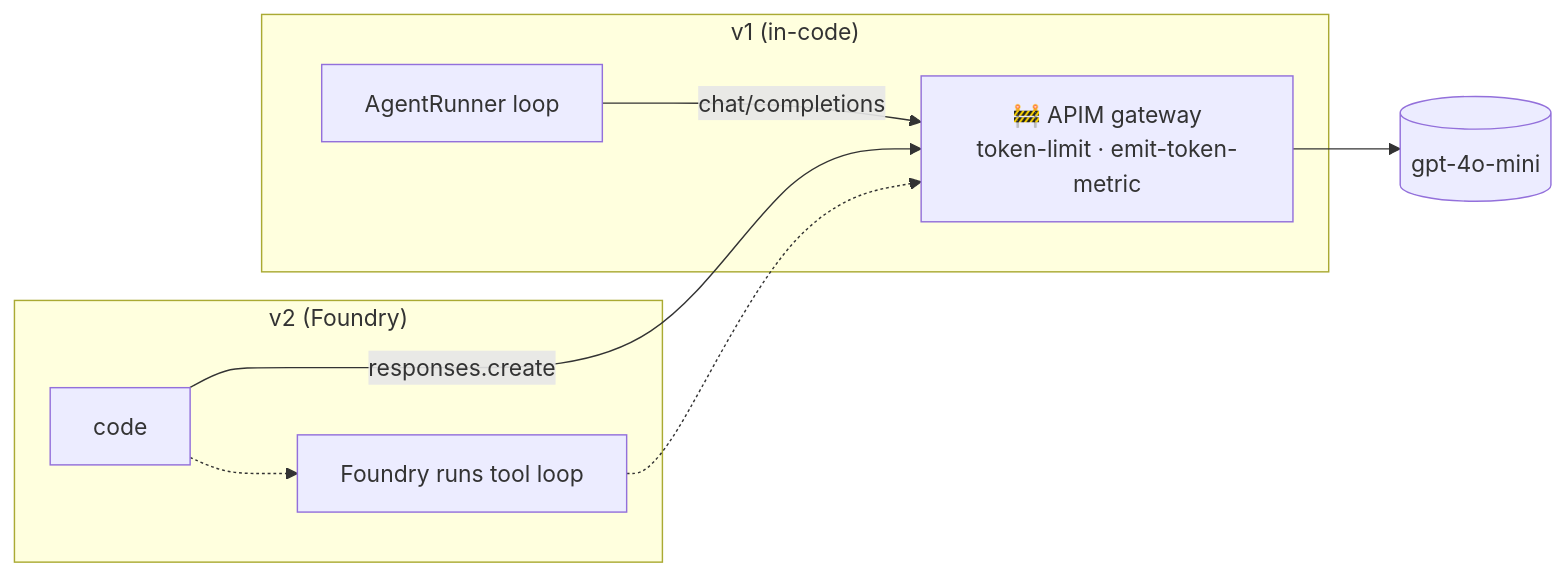
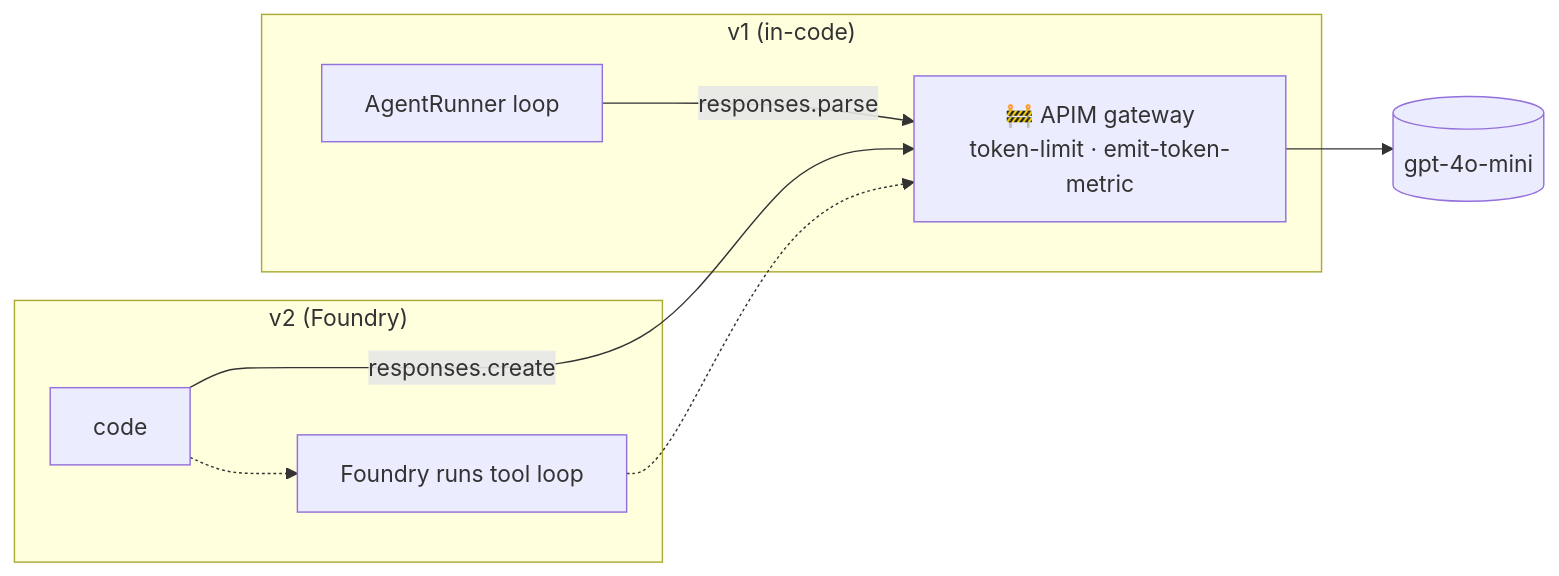
The diagram in docs-foundry-v2/09-apim-ai-gateway.md (sandy-gunawan/FSI_AgentiAI), drawn with Mermaid before and after one commit. The commit also changed other lines of this file and 4 other files, not shown here.

````diff
--- a/docs-foundry-v2/09-apim-ai-gateway.md
+++ b/docs-foundry-v2/09-apim-ai-gateway.md
@@ -26,12 +26,12 @@
 ```mermaid
 flowchart LR
     subgraph v1["v1 (in-code)"]
-      A1[AgentRunner loop] -->|chat/completions| T
+      A1[AgentRunner loop] -->|responses.parse| T
     end
     subgraph v2["v2 (Foundry)"]
       A2[code] -->|responses.create| T
       F[Foundry runs tool loop]
     end
     T["🚧 APIM gateway<br/>token-limit · emit-token-metric"] --> M[(gpt-4o-mini)]
     A2 -.-> F -.-> T
 ```
````
